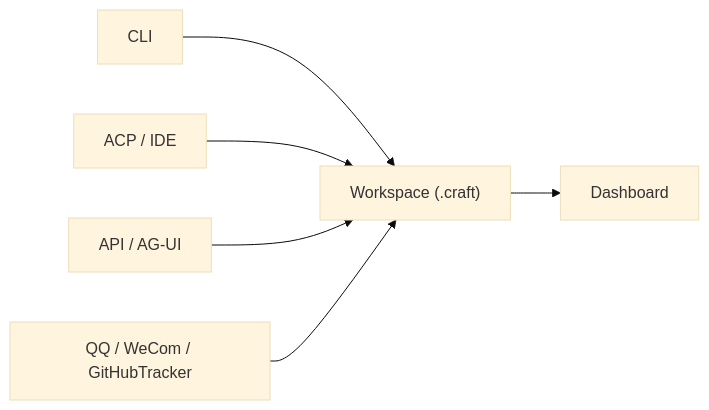
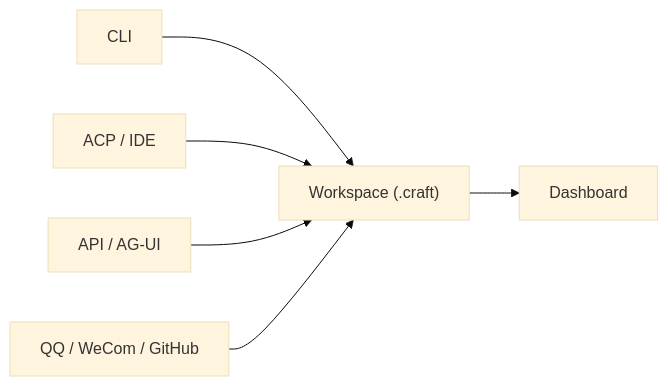
The diagram in README.md (DotCraftDev/dotcraft), drawn with Mermaid (base theme) before and after one commit. The commit also changed other lines of this file and 1 other file, not shown here.

````diff
--- a/README.md
+++ b/README.md
@@ -42,15 +42,15 @@
 ```mermaid
 flowchart LR
     Cli["CLI"]
     Ide["ACP / IDE"]
     Api["API / AG-UI"]
-    Bots["QQ / WeCom / GitHubTracker"]
+    Bots["QQ / WeCom / GitHub"]
     Workspace["Workspace (.craft)"]
     Dashboard["Dashboard"]
 
     Cli --> Workspace
     Ide --> Workspace
     Api --> Workspace
     Bots --> Workspace
     Workspace --> Dashboard
 ```
````
